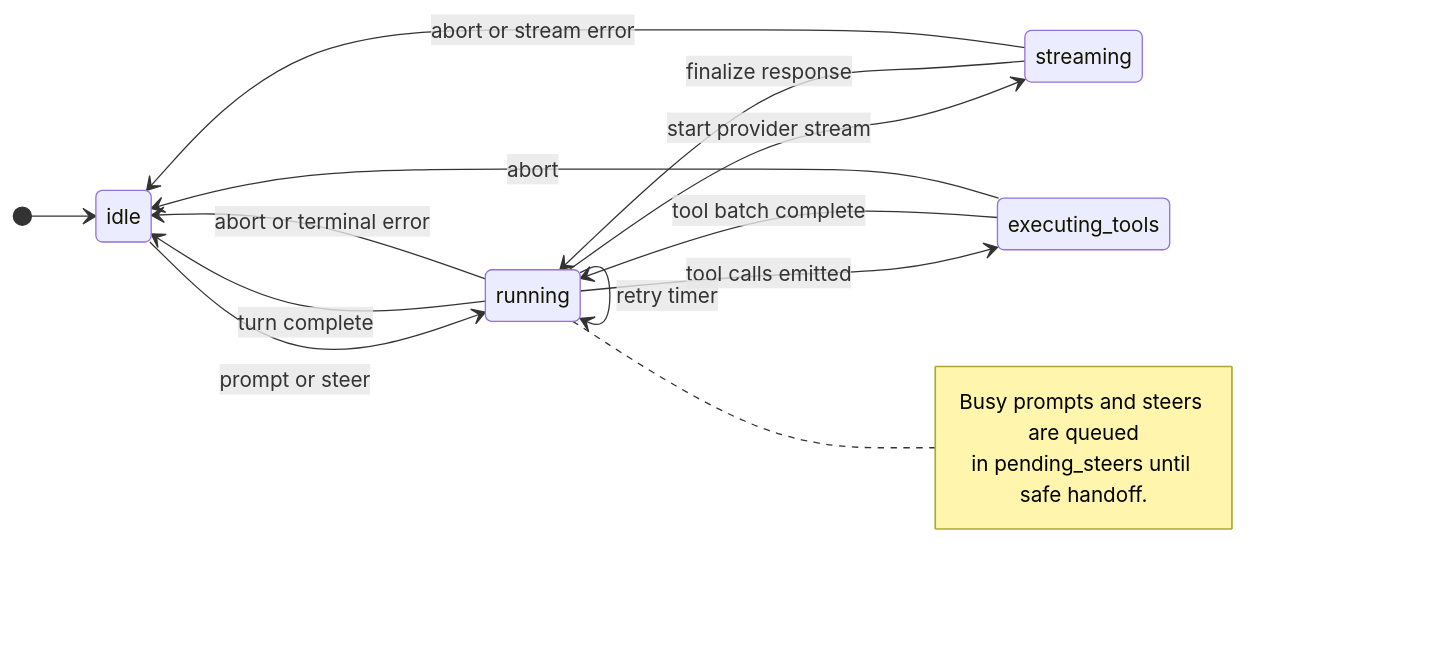
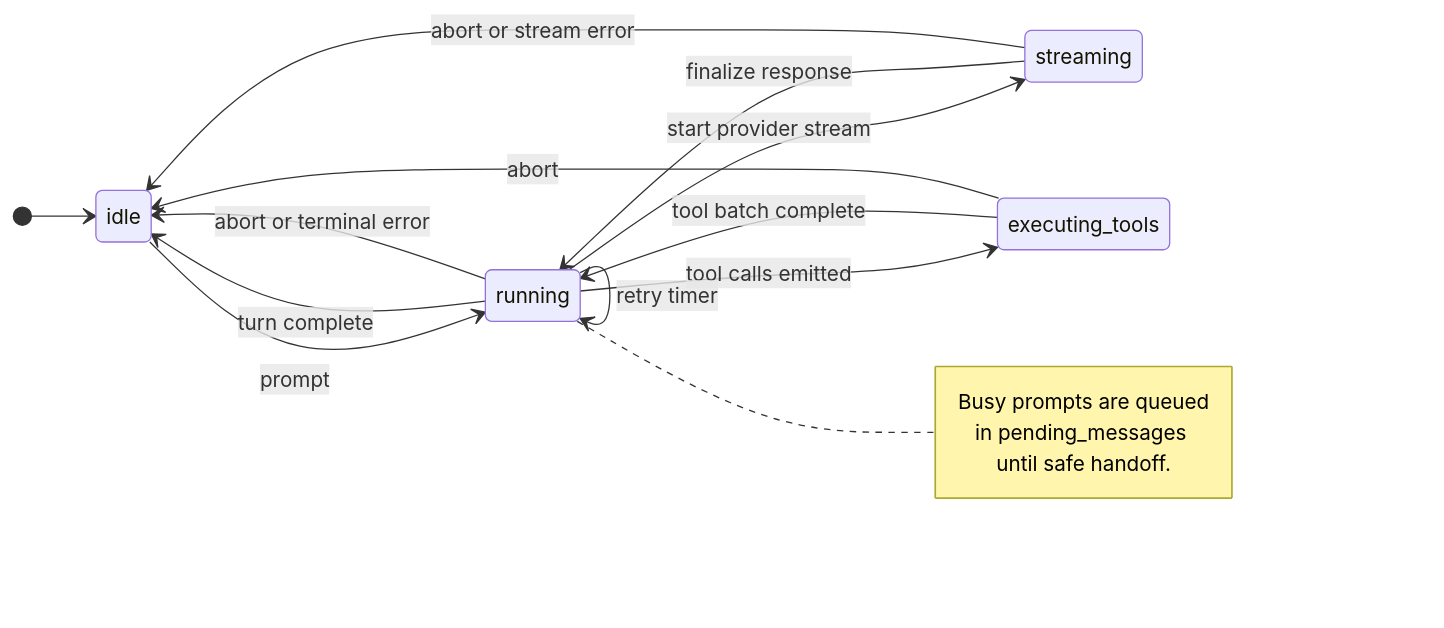
One commit to matteing/opal changed the first of 2 diagrams in docs/agent-loop.md. Above: the diagram before and after it, drawn with Mermaid. The commit also changed other lines of this file and 37 other files, not shown here.

````diff
--- a/docs/agent-loop.md
+++ b/docs/agent-loop.md
@@ -39,24 +42,24 @@
 ```mermaid
 stateDiagram-v2
     direction LR
     [*] --> idle
 
-    idle --> running: prompt or steer
+    idle --> running: prompt
     running --> streaming: start provider stream
 
     streaming --> running: finalize response
     running --> executing_tools: tool calls emitted
     executing_tools --> running: tool batch complete
 
     running --> running: retry timer
 
     running --> idle: turn complete
     running --> idle: abort or terminal error
     streaming --> idle: abort or stream error
     executing_tools --> idle: abort
 
     note right of running
-      Busy prompts and steers are queued
-      in pending_steers until safe handoff.
+      Busy prompts are queued
+      in pending_messages until safe handoff.
     end note
 ```
````
